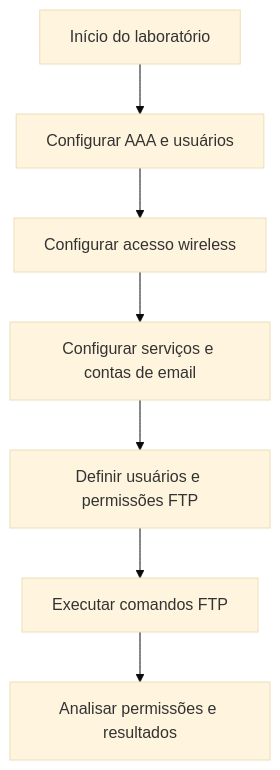
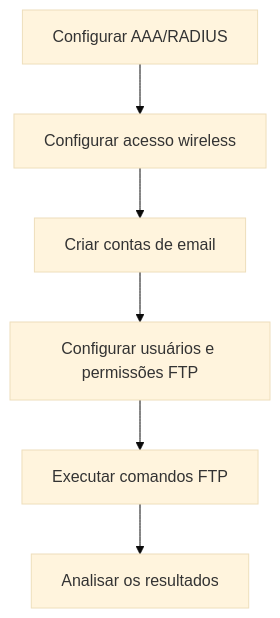
Before and after one commit to giovanna-faraujo/Cisco_Packet_Tracer-Lab-Gerenciamento_Acessos_Email-FTP: the diagram in README.md, drawn with Mermaid (base theme). The commit also changed other lines of this file, not shown here.

````diff
--- a/README.md
+++ b/README.md
@@ -42,9 +117,8 @@
 ```mermaid
 flowchart TD
-    A[Início do laboratório] --> B[Configurar AAA e usuários]
-    B --> C[Configurar acesso wireless]
-    C --> D[Configurar serviços e contas de email]
-    D --> E[Definir usuários e permissões FTP]
-    E --> F[Executar comandos FTP]
-    F --> G[Analisar permissões e resultados]
+    A[Configurar AAA/RADIUS] --> B[Configurar acesso wireless]
+    B --> C[Criar contas de email]
+    C --> D[Configurar usuários e permissões FTP]
+    D --> E[Executar comandos FTP]
+    E --> F[Analisar os resultados]
 ```
````
